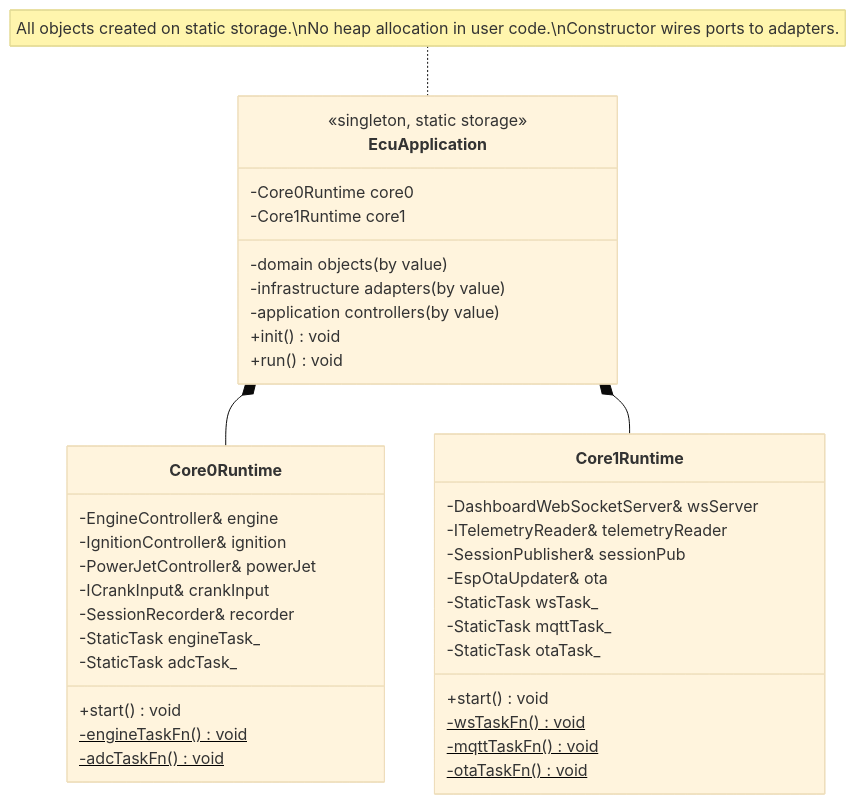
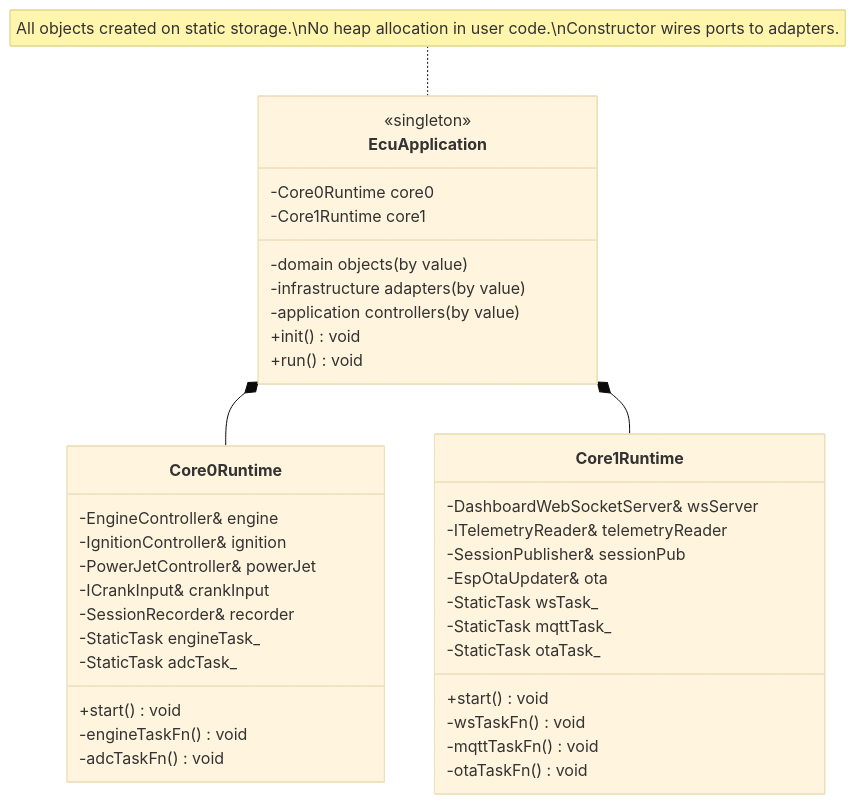
Before and after one commit to D3stan/ecu-dev-board: the fifth of 6 diagrams in idf/docs/oop_architecture.md, drawn with Mermaid (base theme). The commit also changed other lines of this file, not shown here.

````diff
--- a/idf/docs/oop_architecture.md
+++ b/idf/docs/oop_architecture.md
@@ -589,47 +608,47 @@
 ```mermaid
 classDiagram
     direction TB
 
     class EcuApplication {
-        <<singleton, static storage>>
+        <<singleton>>
         -domain objects (by value)
         -infrastructure adapters (by value)
         -application controllers (by value)
         -Core0Runtime core0
         -Core1Runtime core1
         +init() void
         +run() void
     }
 
     class Core0Runtime {
         -EngineController& engine
         -IgnitionController& ignition
         -PowerJetController& powerJet
         -ICrankInput& crankInput
         -SessionRecorder& recorder
         -StaticTask engineTask_
         -StaticTask adcTask_
         +start() void
-        -engineTaskFn()$ void
-        -adcTaskFn()$ void
+        -engineTaskFn() void
+        -adcTaskFn() void
     }
 
     class Core1Runtime {
         -DashboardWebSocketServer& wsServer
         -ITelemetryReader& telemetryReader
         -SessionPublisher& sessionPub
         -EspOtaUpdater& ota
         -StaticTask wsTask_
         -StaticTask mqttTask_
         -StaticTask otaTask_
         +start() void
-        -wsTaskFn()$ void
-        -mqttTaskFn()$ void
-        -otaTaskFn()$ void
+        -wsTaskFn() void
+        -mqttTaskFn() void
+        -otaTaskFn() void
     }
 
     EcuApplication *-- Core0Runtime
     EcuApplication *-- Core1Runtime
 
     note for EcuApplication "All objects created on static storage.\nNo heap allocation in user code.\nConstructor wires ports to adapters."
 ```
````
